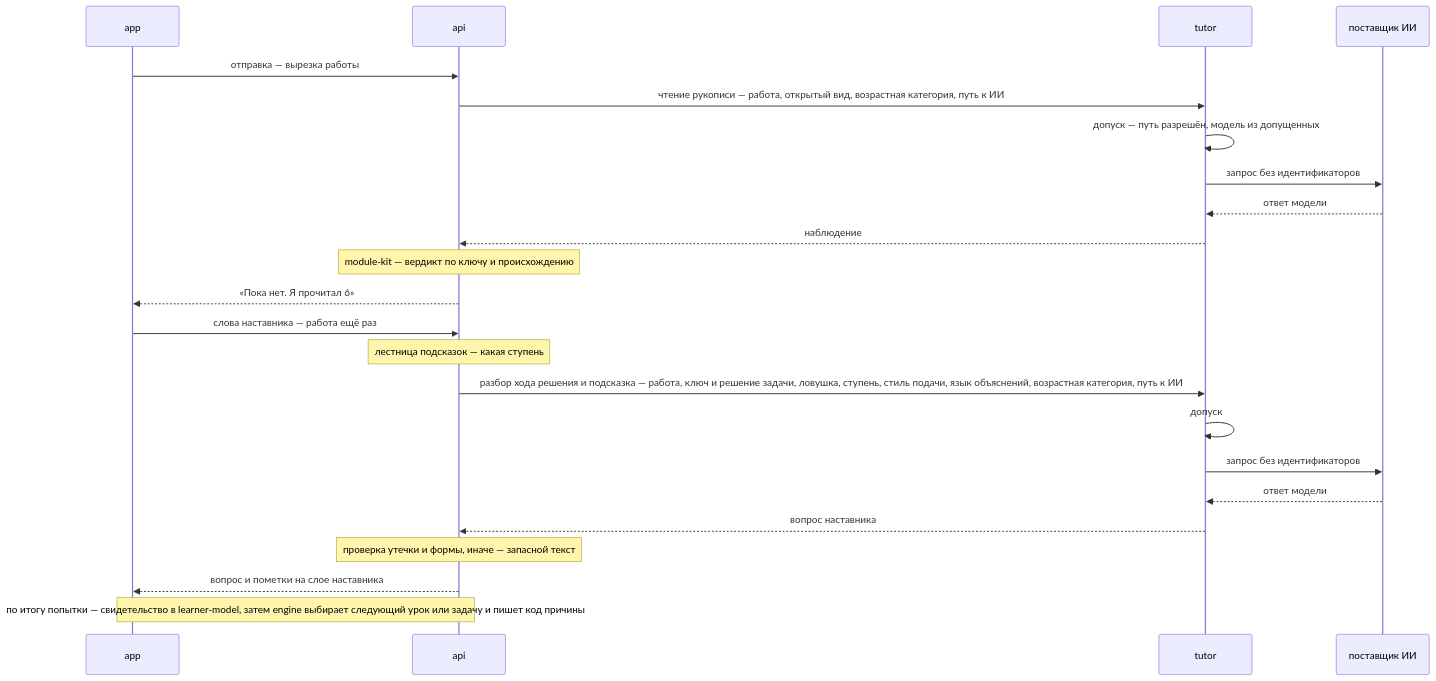
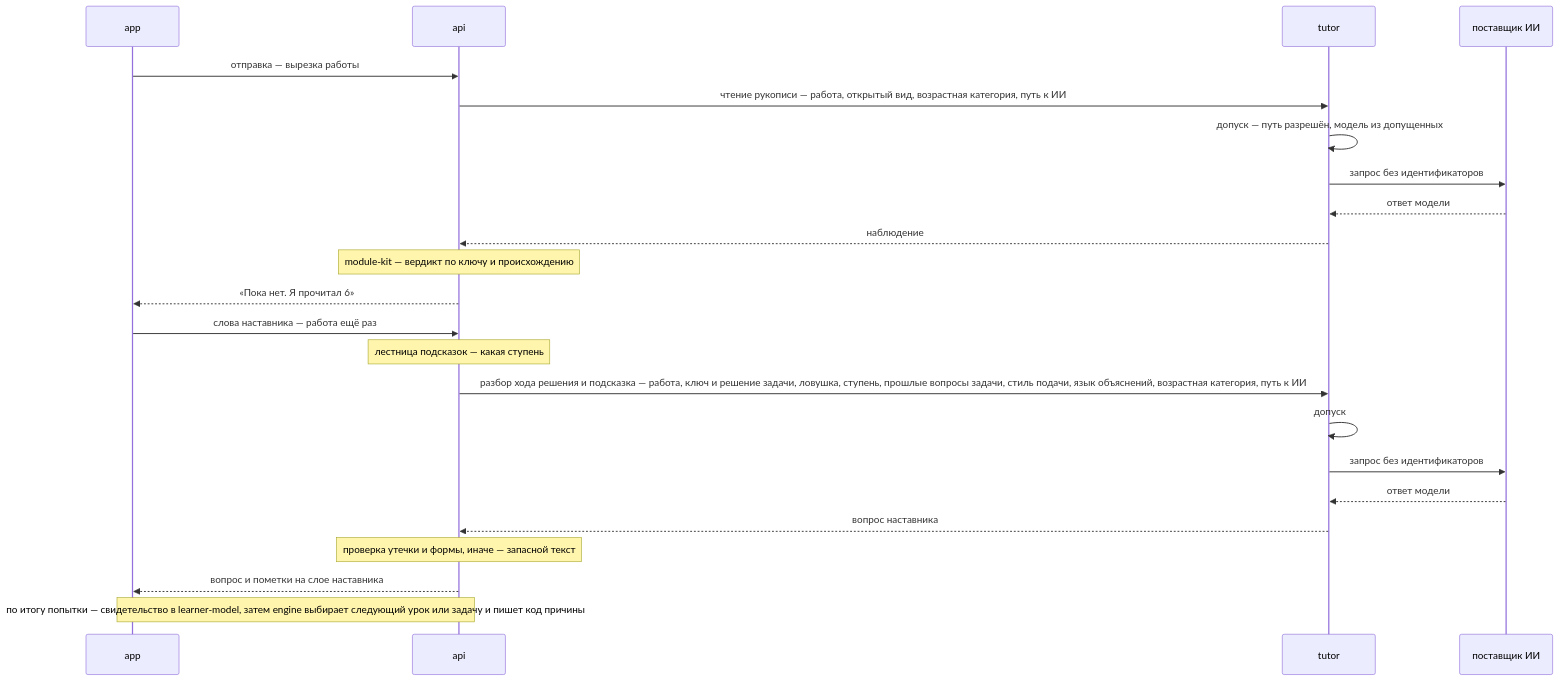
The second of 2 diagrams in docs/architecture.md (altnovatrail/spec), drawn with Mermaid before and after one commit. The commit also changed other lines of this file and 9 other files, not shown here.

````diff
--- a/docs/architecture.md
+++ b/docs/architecture.md
@@ -438,25 +442,25 @@
 ```mermaid
 sequenceDiagram
     participant A as app
     participant P as api
     participant T as tutor
     participant M as поставщик ИИ
     A->>P: отправка — вырезка работы
     P->>T: чтение рукописи — работа, открытый вид, возрастная категория, путь к ИИ
     T->>T: допуск — путь разрешён, модель из допущенных
     T->>M: запрос без идентификаторов
     M-->>T: ответ модели
     T-->>P: наблюдение
     Note over P: module-kit — вердикт по ключу и происхождению
     P-->>A: «Пока нет. Я прочитал 6»
     A->>P: слова наставника — работа ещё раз
     Note over P: лестница подсказок — какая ступень
-    P->>T: разбор хода решения и подсказка — работа, ключ и решение задачи, ловушка, ступень, стиль подачи, язык объяснений, возрастная категория, путь к ИИ
+    P->>T: разбор хода решения и подсказка — работа, ключ и решение задачи, ловушка, ступень, прошлые вопросы задачи, стиль подачи, язык объяснений, возрастная категория, путь к ИИ
     T->>T: допуск
     T->>M: запрос без идентификаторов
     M-->>T: ответ модели
     T-->>P: вопрос наставника
     Note over P: проверка утечки и формы, иначе — запасной текст
     P-->>A: вопрос и пометки на слое наставника
     Note over A,P: по итогу попытки — свидетельство в learner-model, затем engine выбирает следующий урок или задачу и пишет код причины
 ```
````
